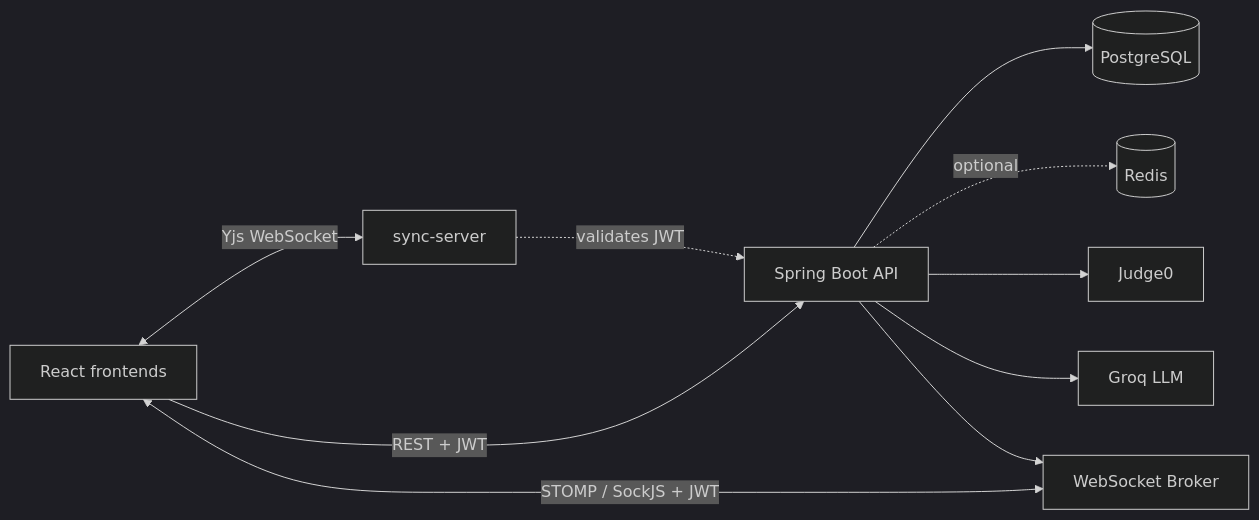
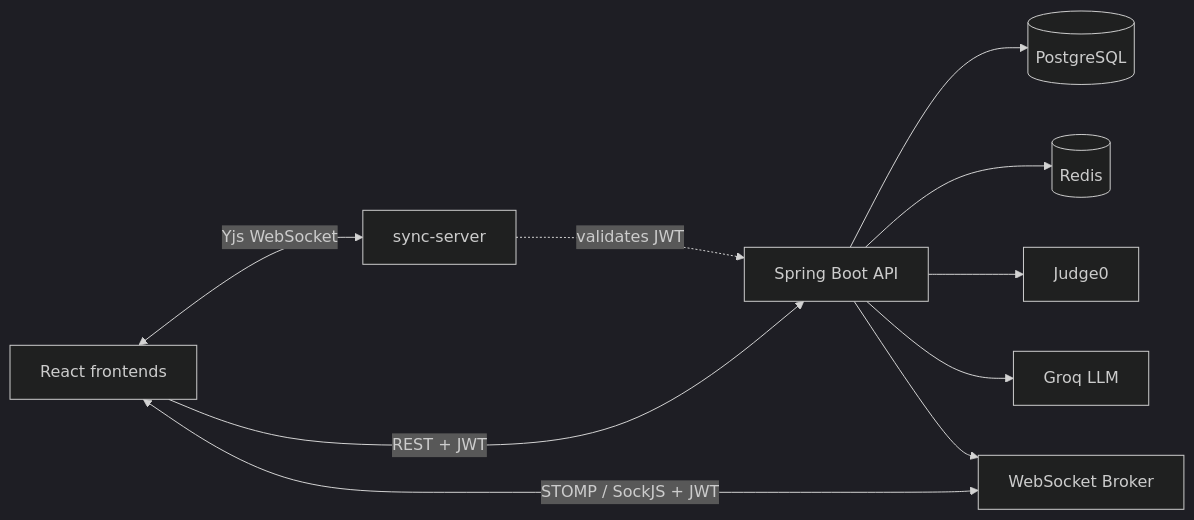
The diagram in README.md (Sobhagyaverma/codeIT), drawn with Mermaid (dark theme) before and after one commit. The commit also changed other lines of this file and 133 other files, not shown here.

````diff
--- a/README.md
+++ b/README.md
@@ -23,12 +23,12 @@
 ```mermaid
 flowchart LR
     Browser[React frontends] -->|REST + JWT| API[Spring Boot API]
     Browser <-->|STOMP / SockJS + JWT| WS[WebSocket Broker]
     Browser <-->|Yjs WebSocket| Sync[sync-server]
     API --> PostgreSQL[(PostgreSQL)]
-    API -.->|optional| Redis[(Redis)]
+    API --> Redis[(Redis)]
     API --> Judge0[Judge0]
     API --> Groq[Groq LLM]
     API --> WS
     Sync -.->|validates JWT| API
 ```
````
